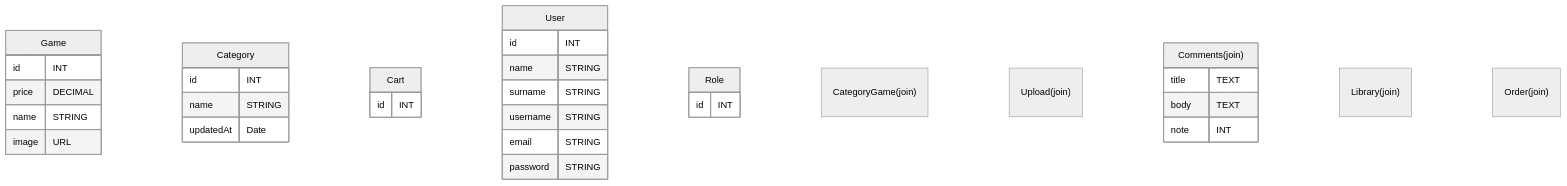
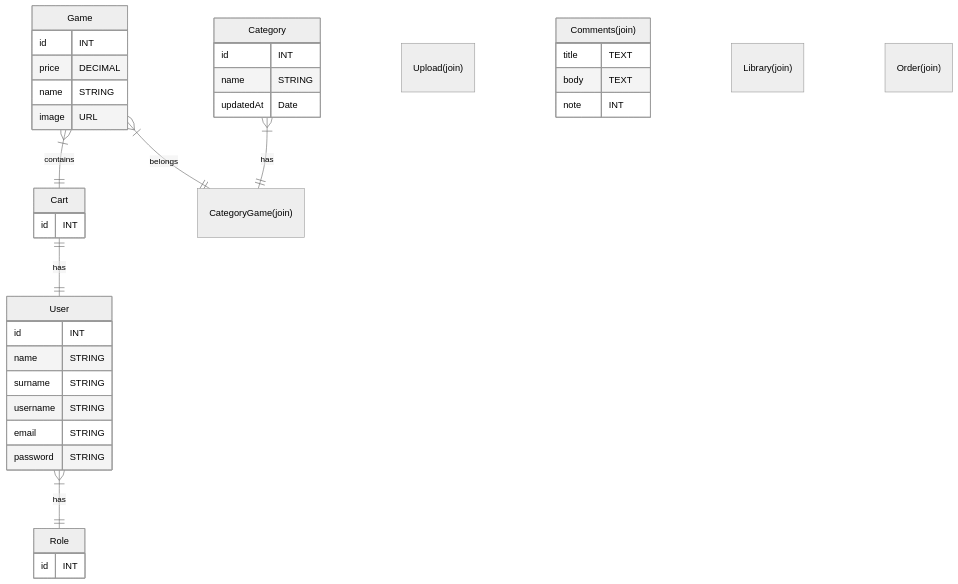
The diagram in README.md (JameS-Gmz/api-Rest), drawn with Mermaid (neutral theme) before and after one commit.

`````diff
--- a/README.md
+++ b/README.md
@@ -40,57 +40,68 @@
 ````mermaid
  erDiagram
  
 Game
 Category
 Cart
 User
 Role
 
 Game{
 id INT
 price DECIMAL
 name STRING
 image URL
 }
 
 Category{
 id INT
 name STRING
 updatedAt Date
 }
 
 Cart{
 id INT
 }
 
 User{
 id INT
 name STRING
 surname STRING
 username STRING
 email STRING
 password STRING
 }
 
 Role{
 id INT 
 }
 
 CategoryGame["CategoryGame(join)"]{
     }
 
 Upload["Upload(join)"]{
     }
 
 Comments["Comments(join)"]{
 title TEXT
 body TEXT
 note INT
     }
 
 Library["Library(join)"]{
     }
 
 Order["Order(join)"]{
     }
+
+Category }|--|| CategoryGame : has
+Game }|--|| CategoryGame : belongs
+
+Game }|--|| Cart : contains
+Cart ||--|| User : has
+
+User }|--|| Role : has
+
+
+
 ````
`````
